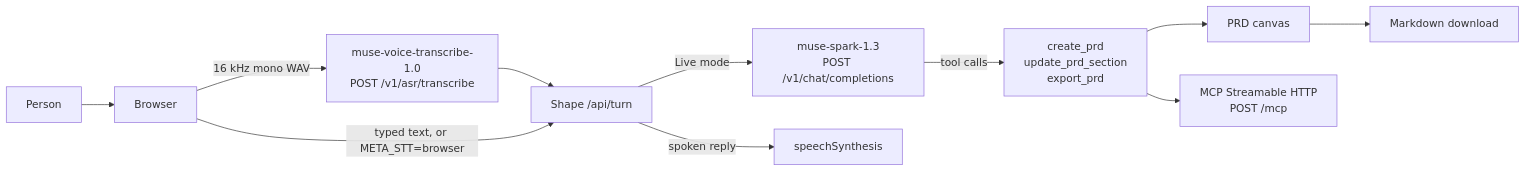
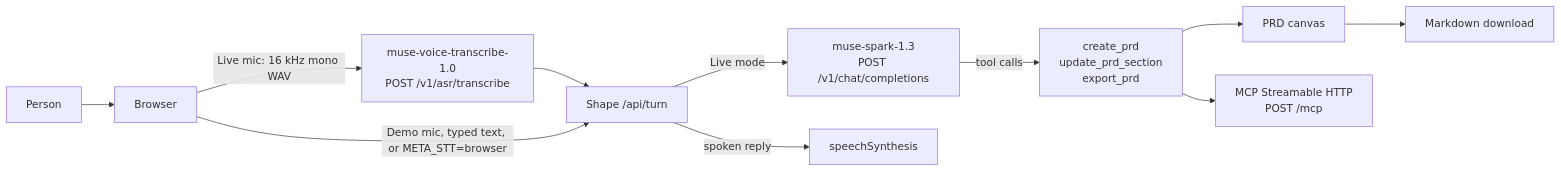
The first of 3 diagrams in README.md (vinayguda/shape-voice-meta-hackathon), drawn with Mermaid before and after one commit. The commit also changed other lines of this file and 9 other files, not shown here.

First line of the commit message:
Fix live pushback crashes and keep Demo off the Meta mic.

````diff
--- a/README.md
+++ b/README.md
@@ -78,13 +78,13 @@
 ```mermaid
 flowchart LR
   person[Person] --> browser[Browser]
-  browser -->|"16 kHz mono WAV"| stt["muse-voice-transcribe-1.0\nPOST /v1/asr/transcribe"]
+  browser -->|"Live mic: 16 kHz mono WAV"| stt["muse-voice-transcribe-1.0\nPOST /v1/asr/transcribe"]
   stt --> turn["Shape /api/turn"]
-  browser -->|"typed text, or META_STT=browser"| turn
+  browser -->|"Demo mic, typed text, or META_STT=browser"| turn
   turn -->|"Live mode"| spark["muse-spark-1.3\nPOST /v1/chat/completions"]
   spark -->|tool calls| tools["create_prd\nupdate_prd_section\nexport_prd"]
   tools --> canvas[PRD canvas]
   tools --> mcp["MCP Streamable HTTP\nPOST /mcp"]
   turn -->|spoken reply| voice[speechSynthesis]
   canvas --> file[Markdown download]
 ```
````
